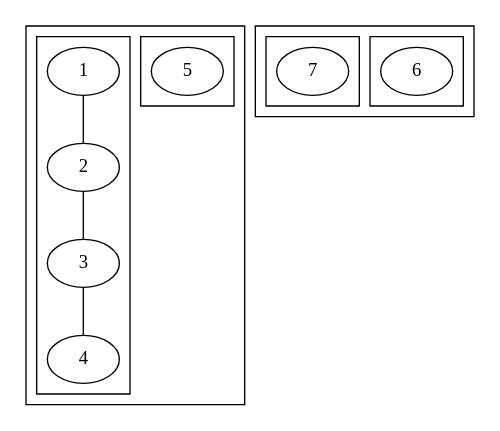
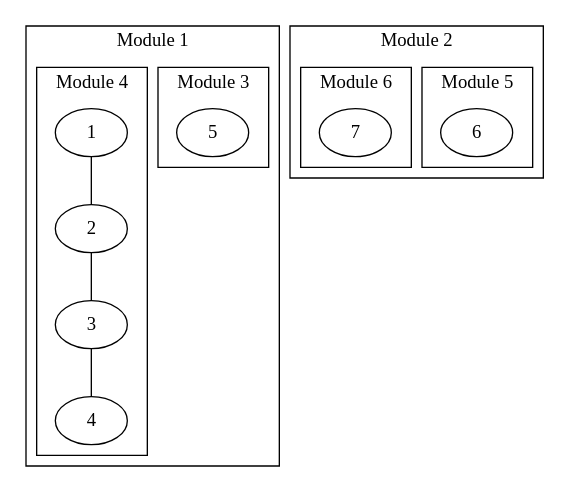
One commit to MrBoboGet/BachelorThesis changed the diagram in Paper/Graph3.dot. Above: the diagram before and after it, drawn with Graphviz. The commit also changed 4 other files, not shown here.

```diff
--- a/Paper/Graph3.dot
+++ b/Paper/Graph3.dot
@@ -1,42 +1,48 @@
 graph G
 {
     1 -- 2;
     2 -- 3;
     3 -- 4;
 
     //5 -- {1 2 3 4};
     //6 -- {1 2 3 4};
 
     subgraph cluster_1
     {
+        label="Module 2";
         6;
         7;
         subgraph cluster_1a
         {
+            label="Module 5";
             6;
         }
         subgraph cluster_1b
         {
+            label="Module 6";
             7;
         }
     }
     subgraph cluster_2
     {
+        label="Module 1";
         1;
         2;
         3;
         4;
         5;
         subgraph cluster_3
         {
+            label="Module 3";
             5;
         }
         subgraph cluster_4
         {
+            label="Module 4";
             1;
             2;
             3;
             4;
         }
     }
 }
```
